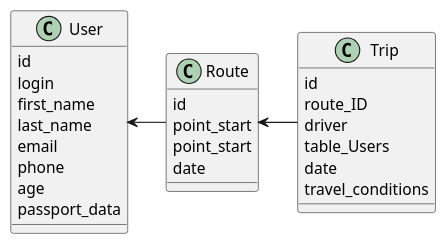
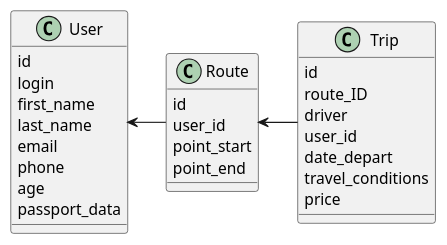
Before and after one commit to standardPrimitive/homework: the second of 2 diagrams in components.md, drawn with PlantUML. The commit also changed 1 other file, not shown here.

````diff
--- a/components.md
+++ b/components.md
@@ -86,35 +86,36 @@
 ```puml
 @startuml
 
 class Route {
   id
+  user_id
   point_start
-  point_start
-  date
+  point_end
 }
 
 class User {
   id
   login
   first_name
   last_name
   email
   phone
   age
   passport_data
 }
 
 class Trip {
   id
   route_ID
   driver
-  table_Users
-  date
+  user_id
+  date_depart
   travel_conditions
+  price
 }
 
 User <- Route
 Route <- Trip
 
 @enduml
 ```
````
